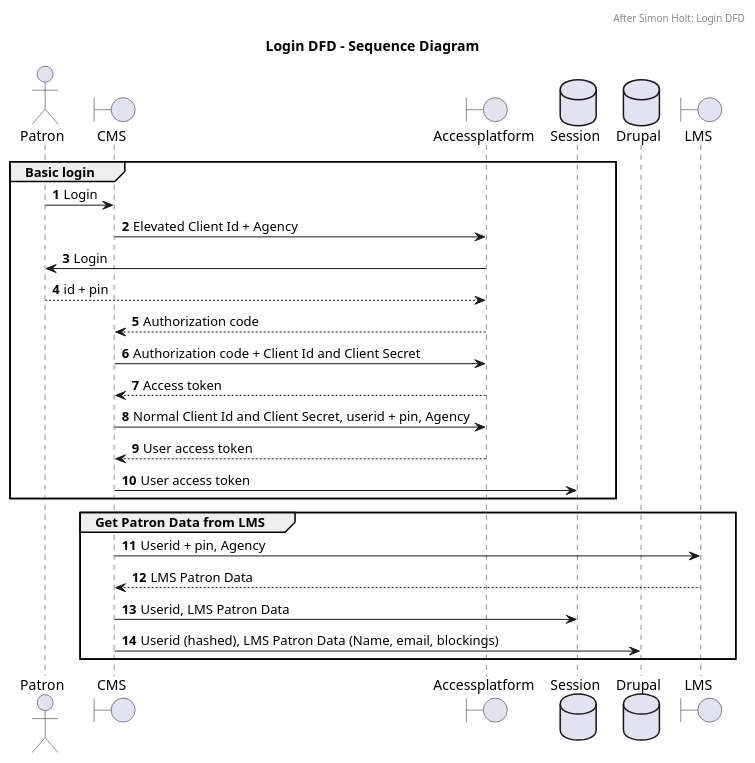
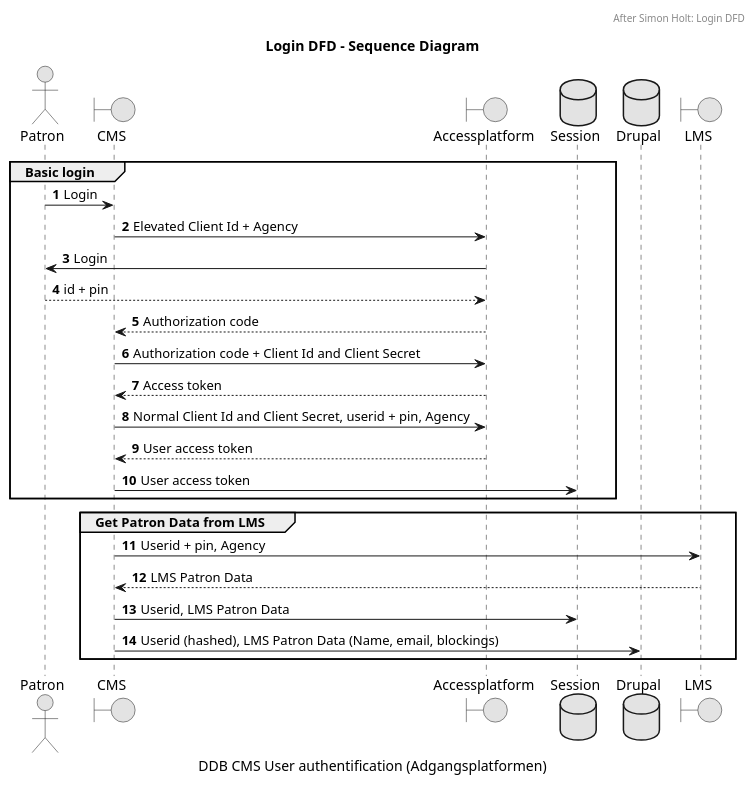
The diagram in docs/sso/login-dfd.puml (danskernesdigitalebibliotek/plantuml), drawn with PlantUML before and after one commit.

```diff
--- a/docs/sso/login-dfd.puml
+++ b/docs/sso/login-dfd.puml
@@ -1,50 +1,52 @@
 @startuml
-
-autonumber
-
 title Login DFD - Sequence Diagram
 header After Simon Holt: Login DFD
+caption DDB CMS User authentification (Adgangsplatformen)
+
+' Skinparams '
+skinparam monochrome true
+autonumber
 
 actor "Patron" as USER
 boundary CMS
 boundary Accessplatform as AP
 'control "Shopping Cart" as SC
 
 database "Session" as SESSION
 database "Drupal" as DRUPAL
 boundary LMS
 '"Library\nManagemt\nSystem" as LMS
 
 group Basic login
 
 USER -> CMS: Login
 CMS -> AP: Elevated Client Id + Agency
 AP -> USER: Login
 AP <-- USER: id + pin
 CMS <-- AP: Authorization code
 
 CMS -> AP: Authorization code + Client Id and Client Secret
 CMS <-- AP: Access token
 
 
 CMS -> AP: Normal Client Id and Client Secret, userid + pin, Agency
 CMS <-- AP: User access token
 
 CMS -> SESSION: User access token
 
 end
 'newpage Get Patron Data
 
 group Get Patron Data from LMS
 
 CMS -> LMS: Userid + pin, Agency
 CMS <-- LMS: LMS Patron Data
 
 CMS -> SESSION: Userid, LMS Patron Data
 
 CMS -> DRUPAL: Userid (hashed), LMS Patron Data (Name, email, blockings)
 
 
 end
 
 @enduml
```
